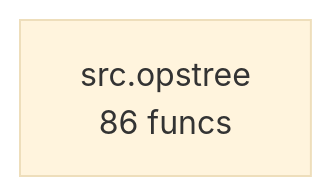
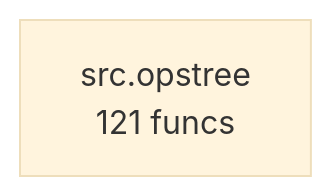
One commit to semcod/op3 changed the diagram in project/compact_flow.mmd. Above: the diagram before and after it, drawn with Mermaid (base theme). The commit also changed 33 other files, not shown here.

```diff
--- a/project/compact_flow.mmd
+++ b/project/compact_flow.mmd
@@ -1,2 +1,2 @@
 flowchart TD
-    src__opstree["src.opstree<br/>86 funcs"]
+    src__opstree["src.opstree<br/>121 funcs"]
```
